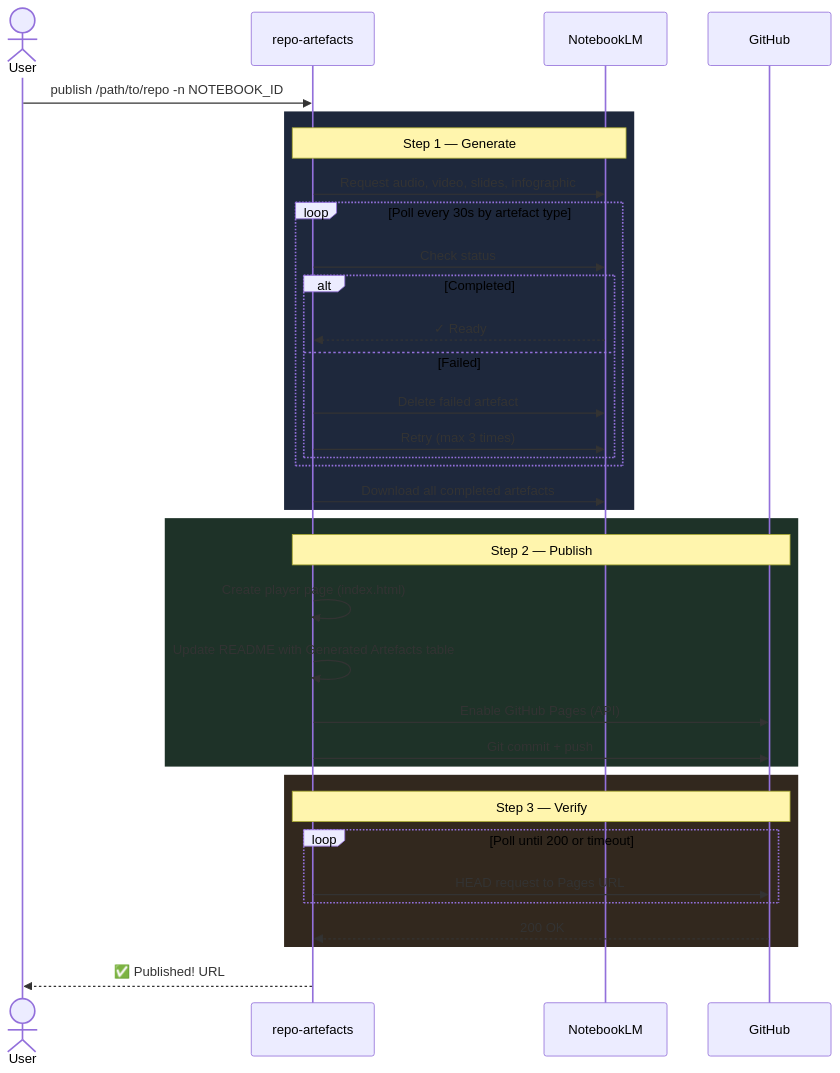
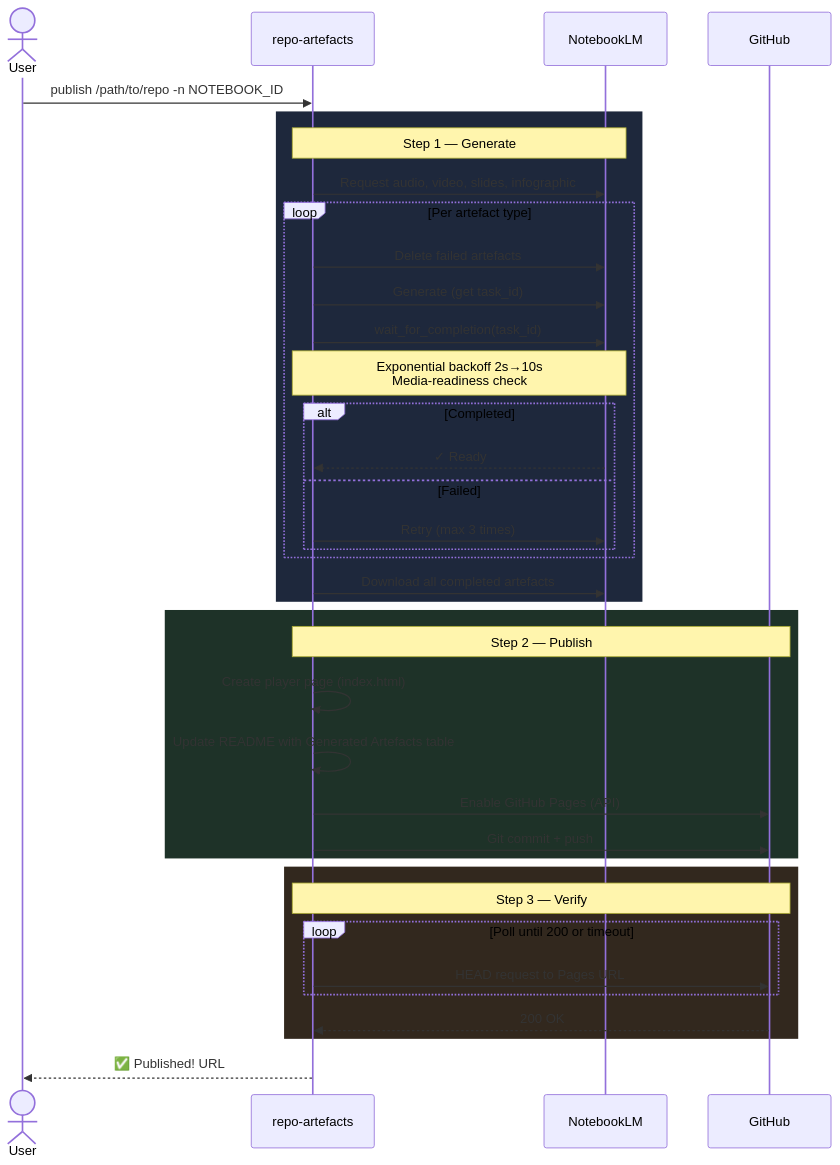
One commit to NetDevAutomate/notebooklm-repo-artefacts changed the fourth of 7 diagrams in docs/how-it-works.md. Above: the diagram before and after it, drawn with Mermaid. The commit also changed other lines of this file and 18 other files, not shown here.

````diff
--- a/docs/how-it-works.md
+++ b/docs/how-it-works.md
@@ -74,42 +74,44 @@
 ```mermaid
 sequenceDiagram
     actor User
     participant CLI as repo-artefacts
     participant NLM as NotebookLM
     participant GH as GitHub
 
     User->>CLI: publish /path/to/repo -n NOTEBOOK_ID
 
     rect rgb(30, 40, 60)
     Note over CLI,NLM: Step 1 — Generate
     CLI->>NLM: Request audio, video, slides, infographic
-    loop Poll every 30s by artefact type
-        CLI->>NLM: Check status
+    loop Per artefact type
+        CLI->>NLM: Delete failed artefacts
+        CLI->>NLM: Generate (get task_id)
+        CLI->>NLM: wait_for_completion(task_id)
+        Note over CLI,NLM: Exponential backoff 2s→10s<br/>Media-readiness check
         alt Completed
             NLM-->>CLI: ✓ Ready
         else Failed
-            CLI->>NLM: Delete failed artefact
             CLI->>NLM: Retry (max 3 times)
         end
     end
     CLI->>NLM: Download all completed artefacts
     end
 
     rect rgb(30, 50, 40)
     Note over CLI,GH: Step 2 — Publish
     CLI->>CLI: Create player page (index.html)
     CLI->>CLI: Update README with Generated Artefacts table
     CLI->>GH: Enable GitHub Pages (API)
     CLI->>GH: Git commit + push
     end
 
     rect rgb(50, 40, 30)
     Note over CLI,GH: Step 3 — Verify
     loop Poll until 200 or timeout
         CLI->>GH: HEAD request to Pages URL
     end
     GH-->>CLI: 200 OK
     end
 
     CLI-->>User: ✅ Published! URL
 ```
````
